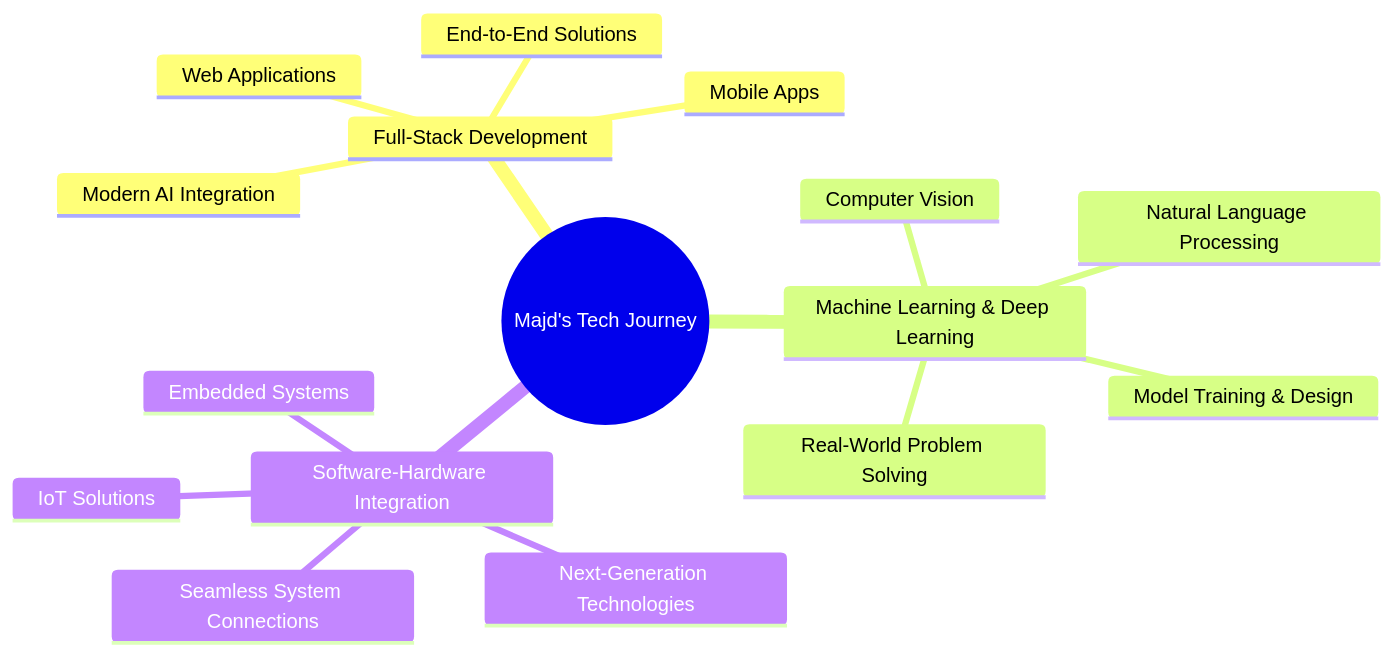
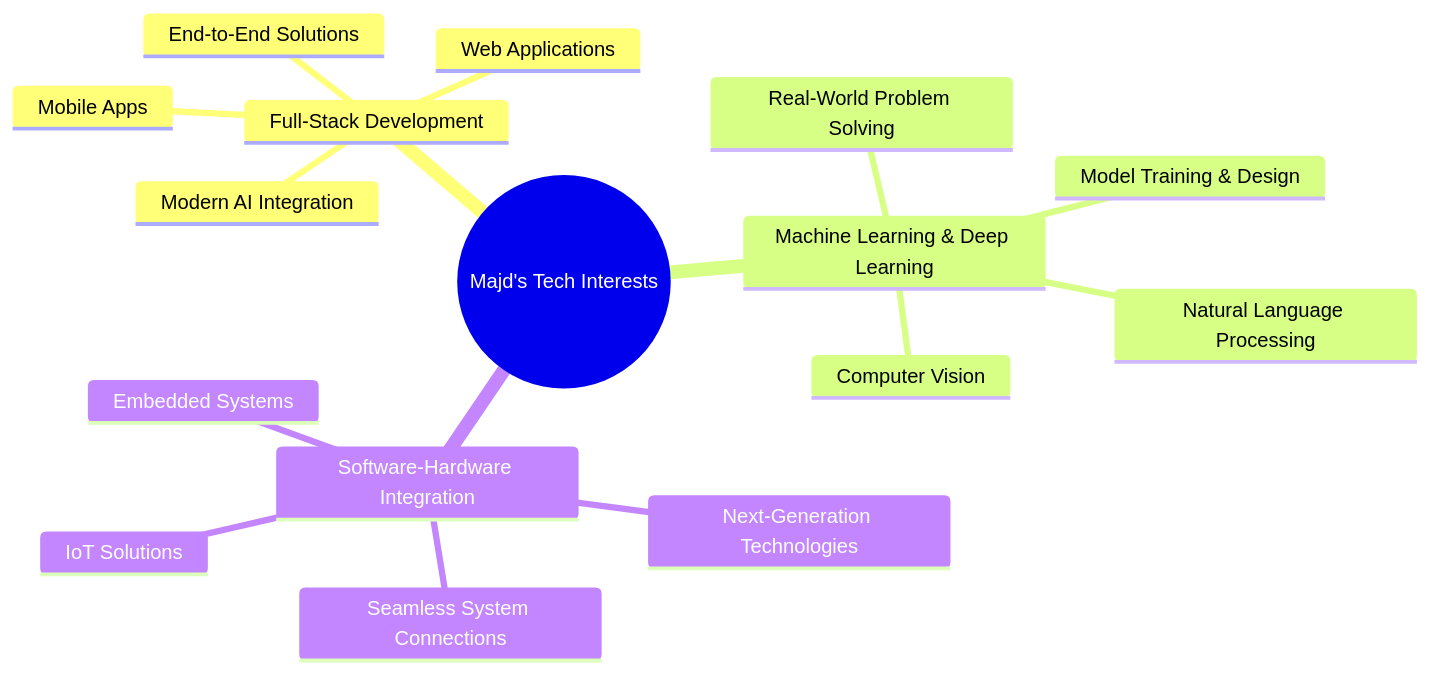
The diagram in README.md (majdsalameh1211/majdsalameh1211), drawn with Mermaid before and after one commit.

````diff
--- a/README.md
+++ b/README.md
@@ -130,19 +130,19 @@
 ```mermaid
 mindmap
-  root((Majd's Tech Journey))
+  root((Majd's Tech Interests))
     Full-Stack Development
       Web Applications
       Mobile Apps
       Modern AI Integration
       End-to-End Solutions
     Machine Learning & Deep Learning
       Computer Vision
       Natural Language Processing
       Model Training & Design
       Real-World Problem Solving
     Software-Hardware Integration
       Next-Generation Technologies
       Seamless System Connections
       IoT Solutions
       Embedded Systems
 ```
````
